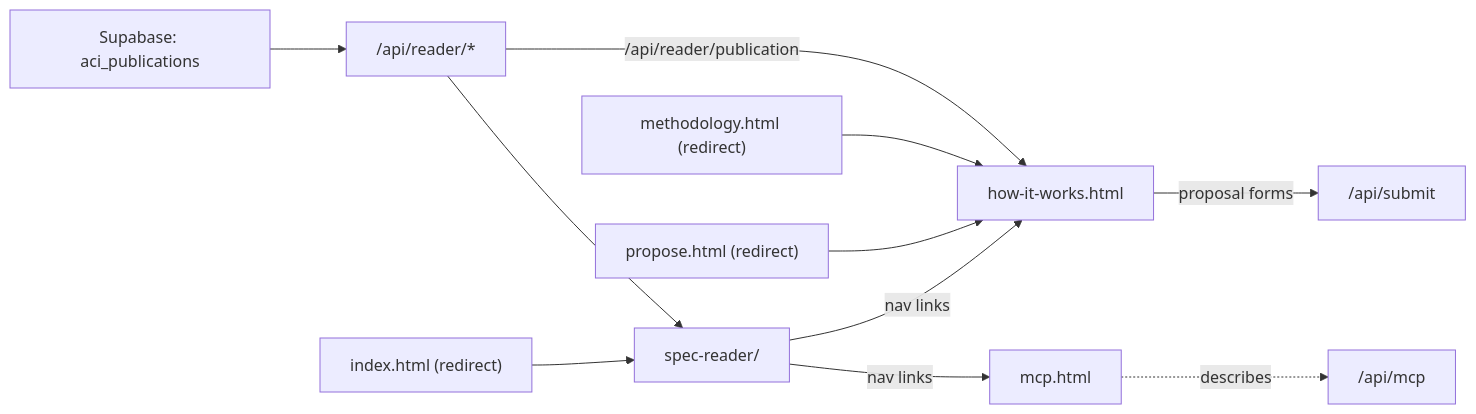
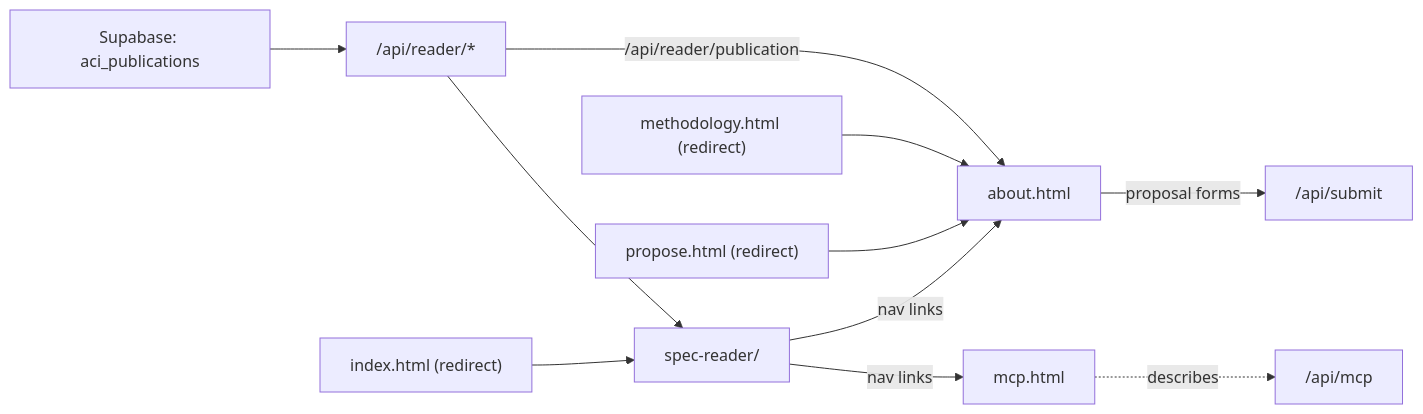
The diagram in site/OVERVIEW.md (polariscollective/ai-character-index), drawn with Mermaid before and after one commit. The commit also changed other lines of this file and 15 other files, not shown here.

First line of the commit message:
feat: About lives at /about, and a pinned publication follows the reader

````diff
--- a/site/OVERVIEW.md
+++ b/site/OVERVIEW.md
@@ -32,13 +32,13 @@
 ```mermaid
 graph LR
   db["Supabase: aci_publications"] --> routes["/api/reader/*"]
   routes --> reader["spec-reader/"]
-  routes -->|"/api/reader/publication"| how["how-it-works.html"]
+  routes -->|"/api/reader/publication"| how["about.html"]
   index["index.html (redirect)"] --> reader
   methodology["methodology.html (redirect)"] --> how
   propose["propose.html (redirect)"] --> how
   how -->|"proposal forms"| submit["/api/submit"]
   mcp["mcp.html"] -.->|"describes"| endpoint["/api/mcp"]
   reader -->|"nav links"| how
   reader -->|"nav links"| mcp
 ```
````
